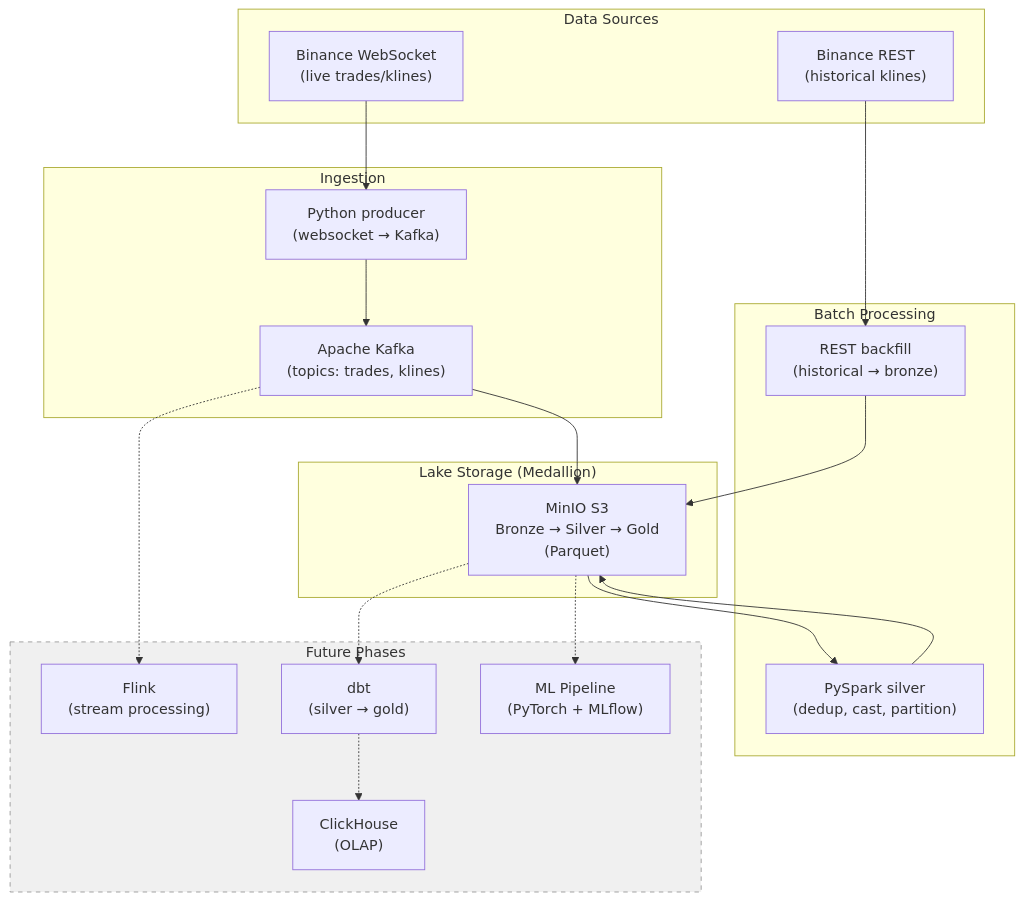
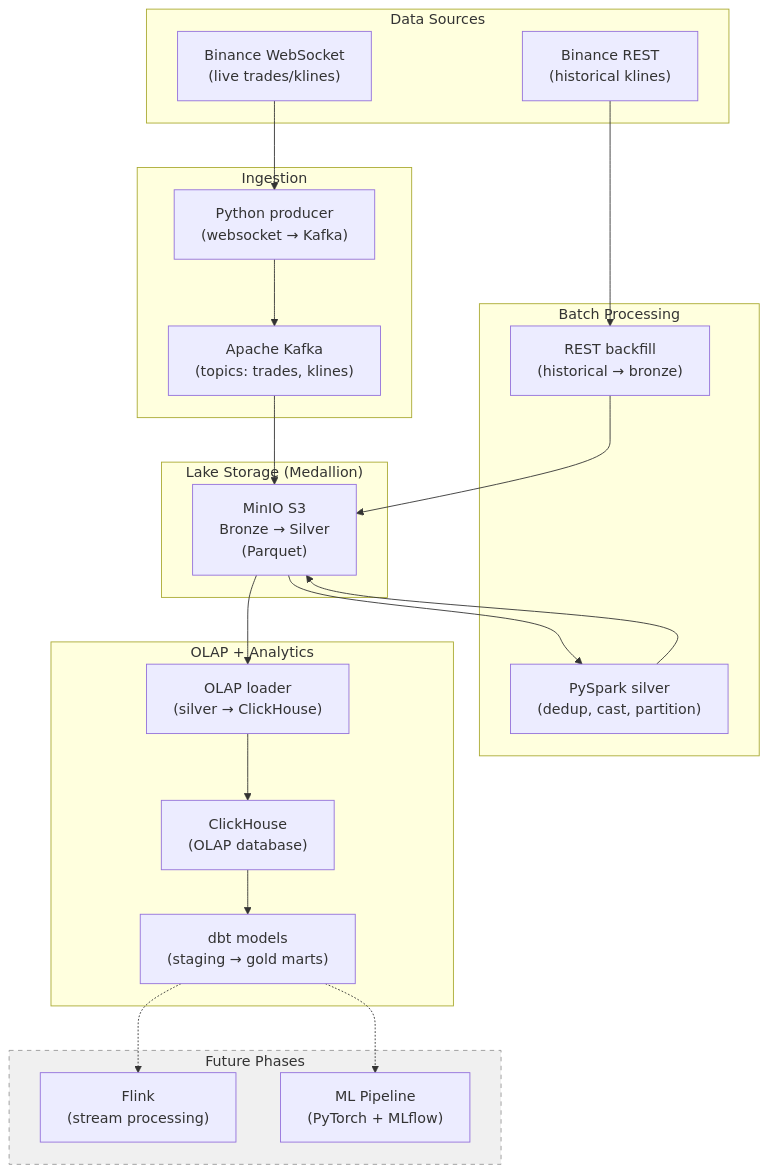
Before and after one commit to weecici/project-x: the diagram in docs/index.md, drawn with Mermaid. The commit also changed other lines of this file and 12 other files, not shown here.

````diff
--- a/docs/index.md
+++ b/docs/index.md
@@ -48,39 +48,45 @@
 ```mermaid
 flowchart TB
     subgraph SRC["Data Sources"]
         WS["Binance WebSocket\n(live trades/klines)"]
         REST["Binance REST\n(historical klines)"]
     end
 
     subgraph INGEST["Ingestion"]
         PROD["Python producer\n(websocket → Kafka)"]
         KAFKA["Apache Kafka\n(topics: trades, klines)"]
     end
 
     subgraph BATCH["Batch Processing"]
         BACKFILL["REST backfill\n(historical → bronze)"]
         SPARK["PySpark silver\n(dedup, cast, partition)"]
     end
 
     subgraph LAKE["Lake Storage (Medallion)"]
-        S3["MinIO S3\nBronze → Silver → Gold\n(Parquet)"]
+        S3["MinIO S3\nBronze → Silver\n(Parquet)"]
+    end
+
+    subgraph OLAP["OLAP + Analytics"]
+        LOADER["OLAP loader\n(silver → ClickHouse)"]
+        CH["ClickHouse\n(OLAP database)"]
+        DBT["dbt models\n(staging → gold marts)"]
     end
 
     subgraph FUTURE["Future Phases"]
         FLINK["Flink\n(stream processing)"]
-        DBT["dbt\n(silver → gold)"]
-        CH["ClickHouse\n(OLAP)"]
         ML["ML Pipeline\n(PyTorch + MLflow)"]
     end
 
     WS --> PROD --> KAFKA
     KAFKA --> S3
     REST --> BACKFILL --> S3
     S3 --> SPARK --> S3
 
-    KAFKA -.-> FLINK
-    S3 -.-> DBT -.-> CH
-    S3 -.-> ML
+    S3 --> LOADER --> CH
+    CH --> DBT
+
+    DBT -.-> FLINK
+    DBT -.-> ML
 
     style FUTURE fill:#f0f0f0,stroke:#999,stroke-dasharray: 5 5
 ```
````
